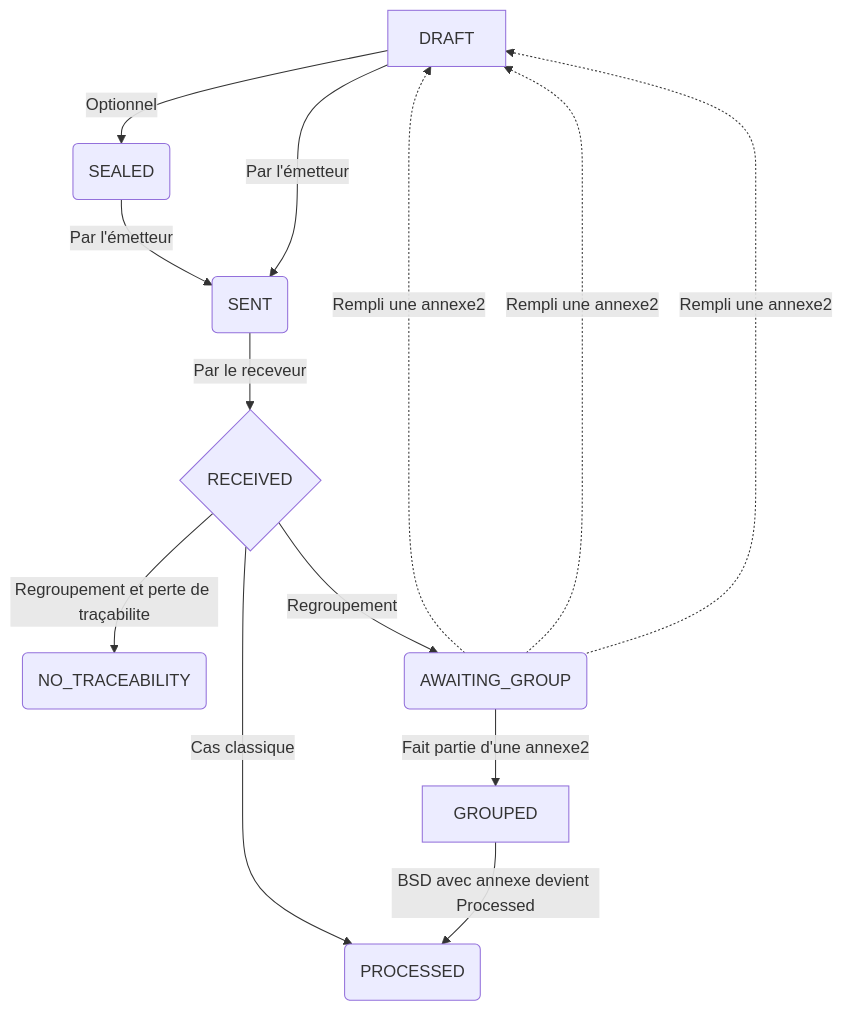
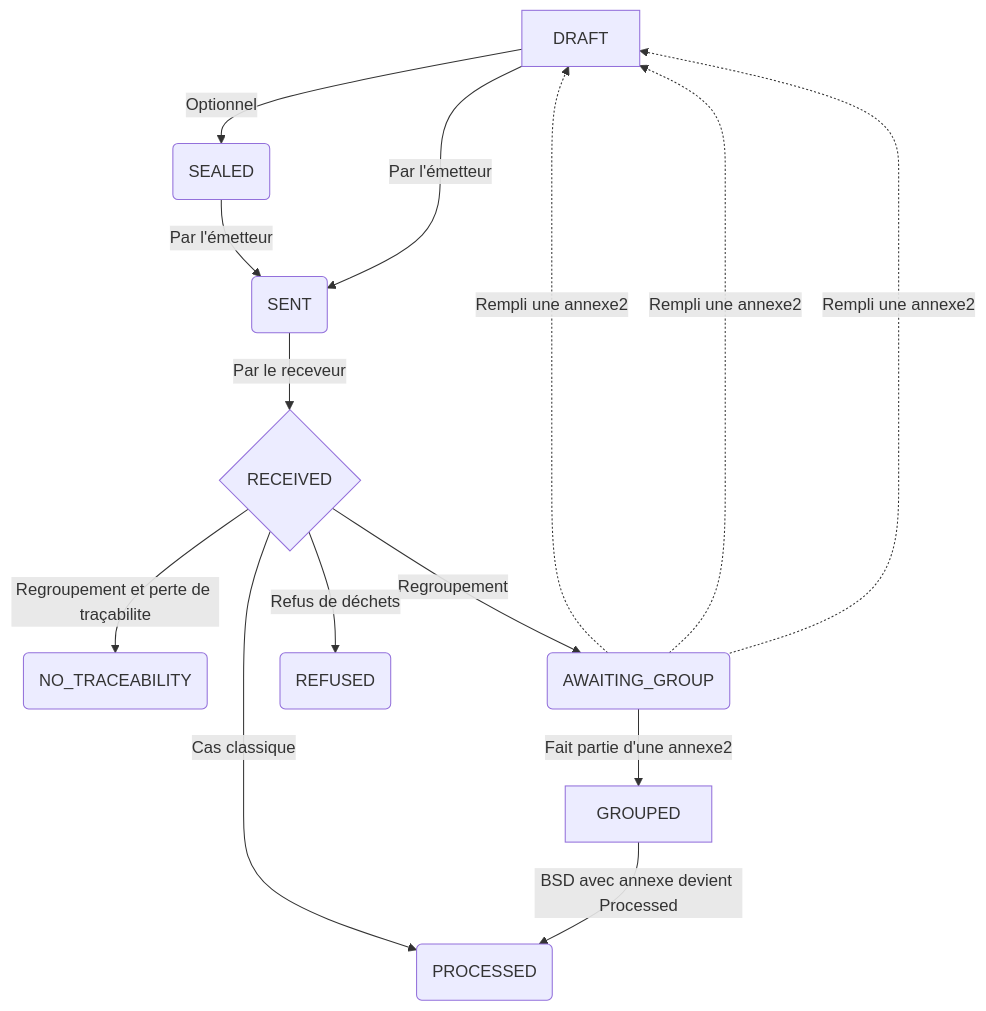
One commit to MTES-MCT/trackdechets changed the diagram in documentation/docs/workflow.md. Above: the diagram before and after it, drawn with Mermaid. The commit also changed other lines of this file and 1 other file, not shown here.

```diff
--- a/documentation/docs/workflow.md
+++ b/documentation/docs/workflow.md
@@ -8,15 +58,16 @@
 <div class="mermaid">
 graph TD
 A[DRAFT] -->|Optionnel| B(SEALED)
 B --> |Par l'émetteur| C(SENT)
 A --> |Par l'émetteur| C
 C -->|Par le receveur| D{RECEIVED}
 D -- Cas classique -->E(PROCESSED)
 D -- Regroupement et perte de traçabilite -->G(NO_TRACEABILITY)
 D -- Regroupement -->F(AWAITING_GROUP)
+D -- Refus de déchets --> I(REFUSED)
 F-. Rempli une annexe2 .->A
 F-. Rempli une annexe2 .->A
 F-. Rempli une annexe2 .->A
 F--Fait partie d'une annexe2 -->H[GROUPED]
 H--BSD avec annexe devient Processed -->E
 </div>
```
